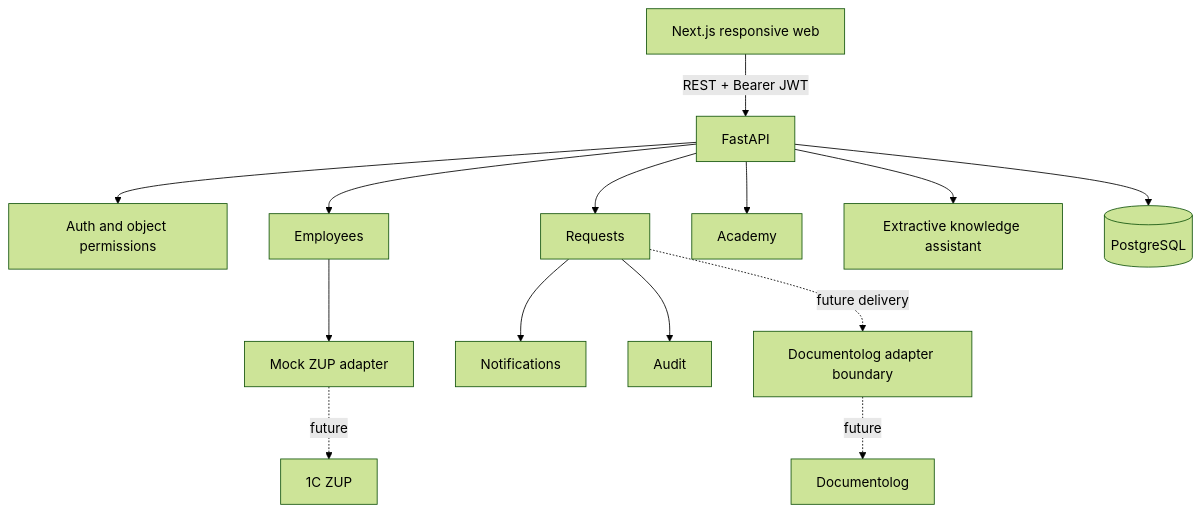
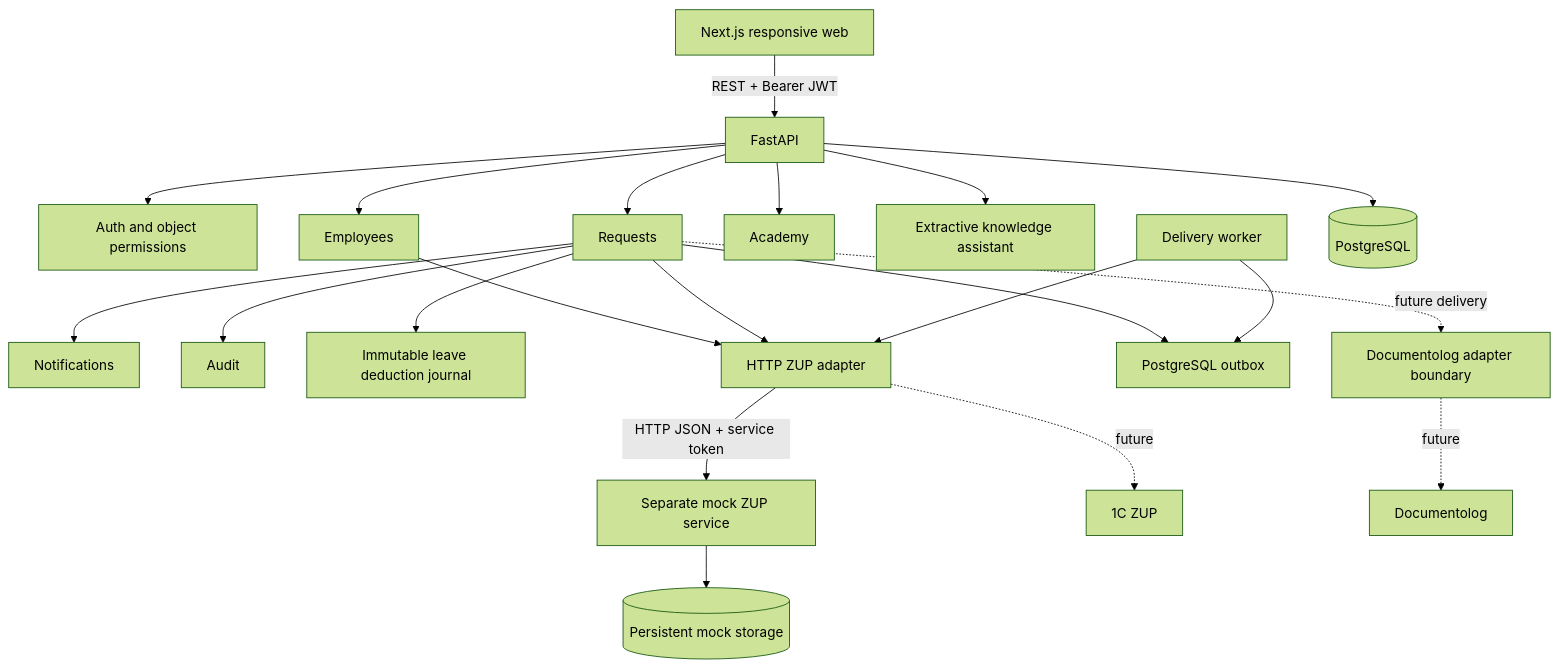
Before and after one commit to bshakaryan/digital-hr: the diagram in docs/architecture.md, drawn with Mermaid (forest theme). The commit also changed other lines of this file and 48 other files, not shown here.

Commit message:
Add leave accounting and 1C ZUP integration

````diff
--- a/docs/architecture.md
+++ b/docs/architecture.md
@@ -3,16 +3,23 @@
 ```mermaid
 flowchart TD
   Web[Next.js responsive web] -->|REST + Bearer JWT| API[FastAPI]
   API --> Auth[Auth and object permissions]
   API --> Profiles[Employees]
   API --> Requests[Requests]
   API --> Academy[Academy]
   API --> Assistant[Extractive knowledge assistant]
   Requests --> Notifications[Notifications]
   Requests --> Audit[Audit]
-  Profiles --> ZUP[Mock ZUP adapter]
+  Requests --> LeaveLedger[Immutable leave deduction journal]
+  Profiles --> ZUP[HTTP ZUP adapter]
+  Requests --> ZUP
+  Requests --> Outbox[PostgreSQL outbox]
+  Worker[Delivery worker] --> Outbox
+  Worker --> ZUP
+  ZUP -->|HTTP JSON + service token| Mock[Separate mock ZUP service]
+  Mock --> MockDB[(Persistent mock storage)]
   Requests -. future delivery .-> Docs[Documentolog adapter boundary]
   API --> DB[(PostgreSQL)]
   ZUP -. future .-> RealZUP[1C ZUP]
   Docs -. future .-> RealDocs[Documentolog]
 ```
````
